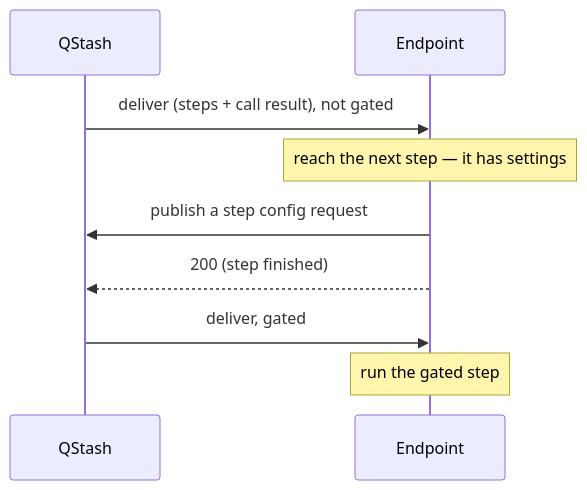
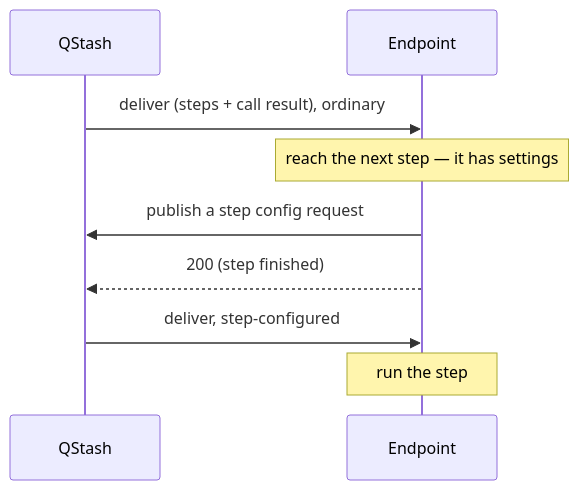
One commit to upstash/workflow-js changed the eighth of 10 diagrams in src/GLOSSARY.md. Above: the diagram before and after it, drawn with Mermaid. The commit also changed other lines of this file and 15 other files, not shown here.

````diff
--- a/src/GLOSSARY.md
+++ b/src/GLOSSARY.md
@@ -275,11 +315,11 @@
 ```mermaid
 sequenceDiagram
     participant Q as QStash
     participant E as Endpoint
-    Q->>E: deliver (steps + call result), not gated
+    Q->>E: deliver (steps + call result), ordinary
     Note over E: reach the next step — it has settings
     E->>Q: publish a step config request
     E-->>Q: 200 (step finished)
-    Q->>E: deliver, gated
-    Note over E: run the gated step
+    Q->>E: deliver, step-configured
+    Note over E: run the step
 ```
````
